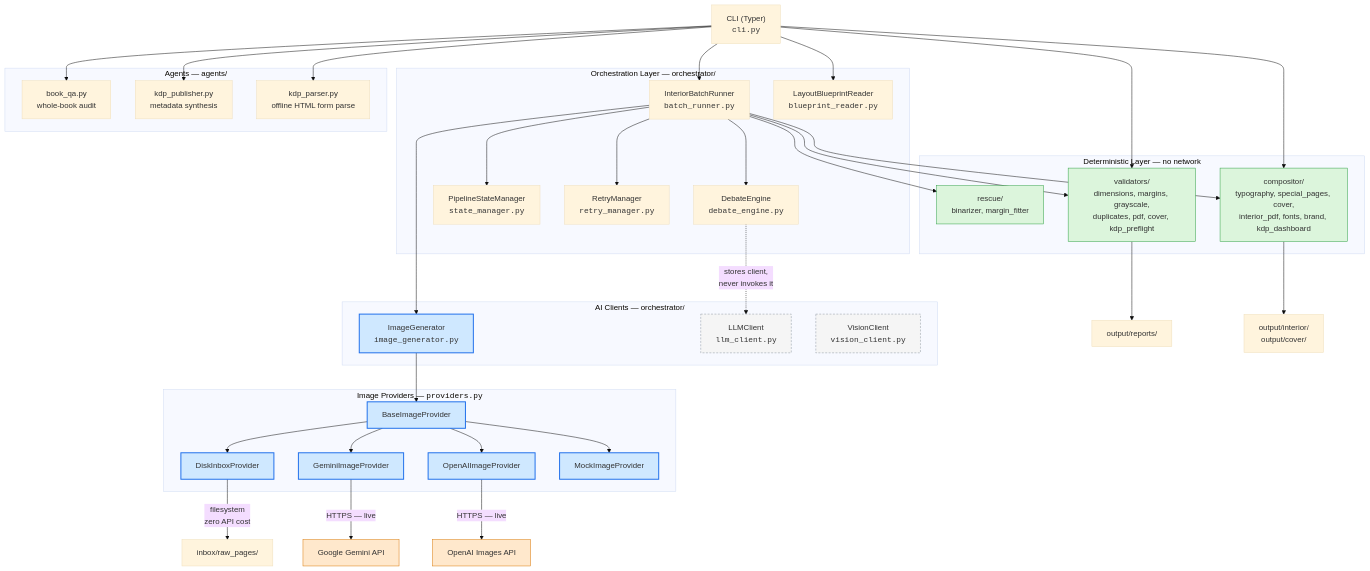
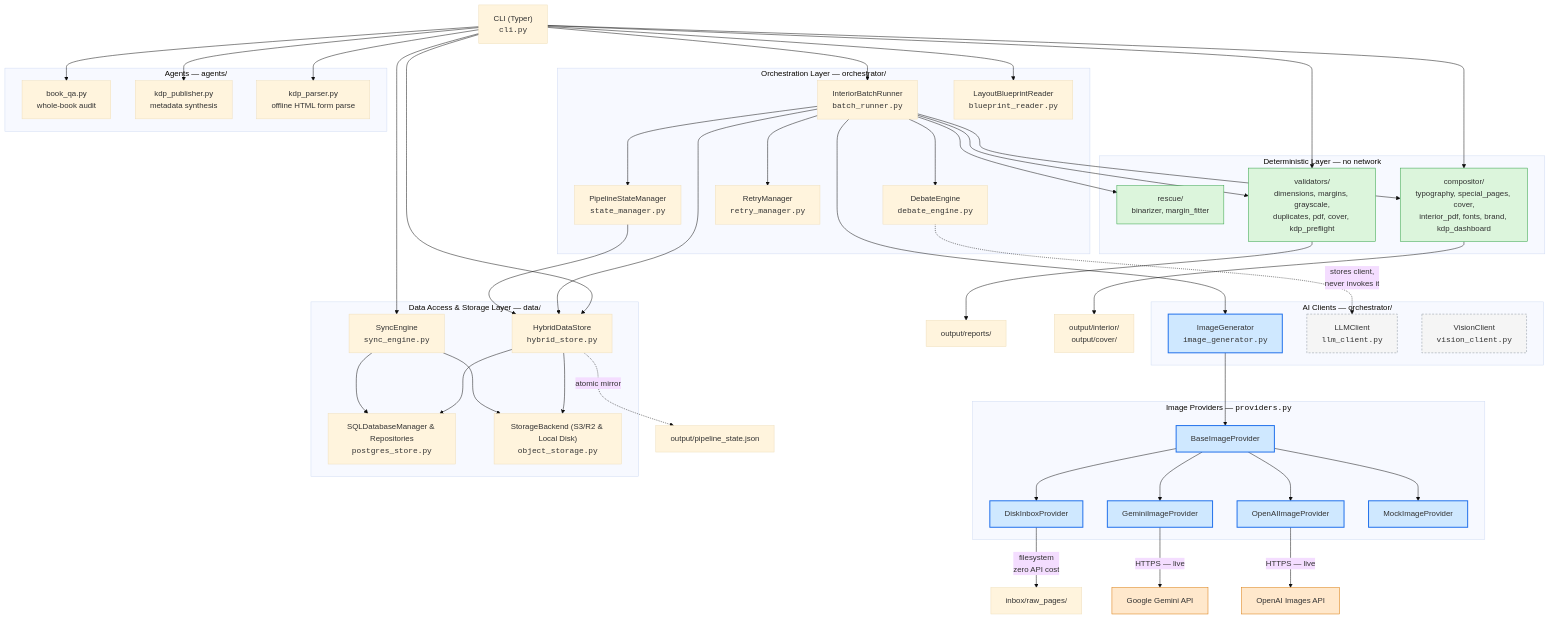
The first of 7 diagrams in docs/architecture/ARCHITECTURE_DIAGRAMS.md (gandholi-kumar/curiokraft-coloring-book), drawn with Mermaid (base theme) before and after one commit. The commit also changed other lines of this file and 24 other files, not shown here.

```diff
--- a/docs/architecture/ARCHITECTURE_DIAGRAMS.md
+++ b/docs/architecture/ARCHITECTURE_DIAGRAMS.md
@@ -59,6 +60,13 @@
         KdpParserM["kdp_parser.py<br/>offline HTML form parse"]
     end
 
+    subgraph DataLayer["Data Access & Storage Layer — data/"]
+        HybridStore["HybridDataStore<br/><code>hybrid_store.py</code>"]
+        SQLStore["SQLDatabaseManager & Repositories<br/><code>postgres_store.py</code>"]
+        ObjectStore["StorageBackend (S3/R2 & Local Disk)<br/><code>object_storage.py</code>"]
+        SyncWorker["SyncEngine<br/><code>sync_engine.py</code>"]
+    end
+
     CLI --> BatchRunner
     CLI --> CompositorM
     CLI --> ValidatorsM
@@ -66,6 +74,8 @@
     CLI --> KdpPublisherM
     CLI --> KdpParserM
     CLI --> BlueprintRdr
+    CLI --> HybridStore
+    CLI --> SyncWorker
 
     BatchRunner --> DebateEngine
     BatchRunner --> ImageGen
@@ -74,6 +84,13 @@
     BatchRunner --> RescueM
     BatchRunner --> ValidatorsM
     BatchRunner --> CompositorM
+    BatchRunner --> HybridStore
+    StateMgr --> HybridStore
+    HybridStore --> SQLStore
+    HybridStore --> ObjectStore
+    HybridStore -.->|"atomic mirror"| LegacyJSON["output/pipeline_state.json"]
+    SyncWorker --> SQLStore
+    SyncWorker --> ObjectStore
 
     DebateEngine -.->|"stores client,<br/>never invokes it"| LLMClientM
 
```
